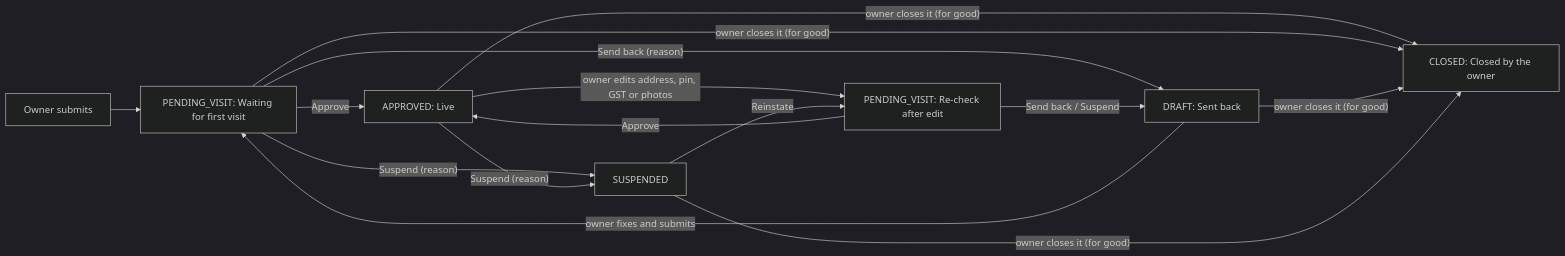
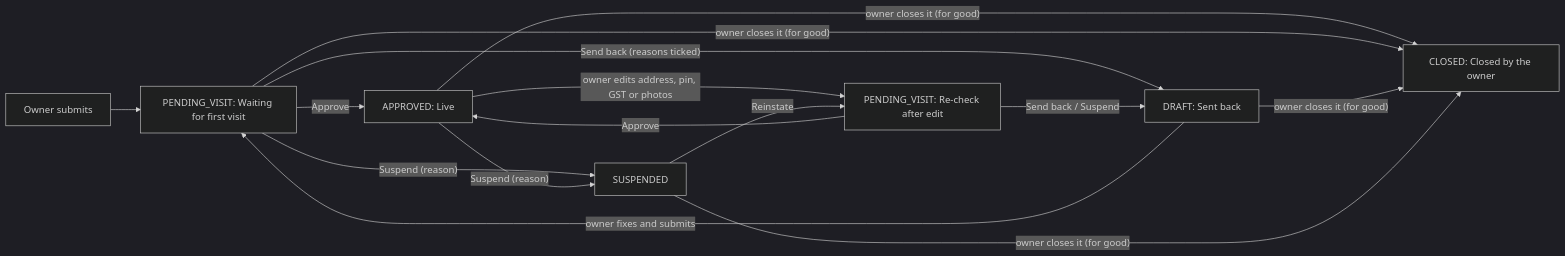
One commit to Premanshu-jha/apni-dukan-admin changed the second of 2 diagrams in README.md. Above: the diagram before and after it, drawn with Mermaid (dark theme). The commit also changed other lines of this file and 3 other files, not shown here.

````diff
--- a/README.md
+++ b/README.md
@@ -107,14 +107,14 @@
 ```mermaid
 flowchart LR
   S["Owner submits"] --> FV["PENDING_VISIT: Waiting for first visit"]
   FV -- "Approve" --> L["APPROVED: Live"]
-  FV -- "Send back (reason)" --> SB["DRAFT: Sent back"]
+  FV -- "Send back (reasons ticked)" --> SB["DRAFT: Sent back"]
   SB -- "owner fixes and submits" --> FV
   FV -- "Suspend (reason)" --> SU["SUSPENDED"]
   L -- "owner edits address, pin, GST or photos" --> RC["PENDING_VISIT: Re-check after edit"]
   RC -- "Approve" --> L
   RC -- "Send back / Suspend" --> SB
   L -- "Suspend (reason)" --> SU
   SU -- "Reinstate" --> RC
   L & FV & SB & SU -- "owner closes it (for good)" --> CL["CLOSED: Closed by the owner"]
 ```
````
